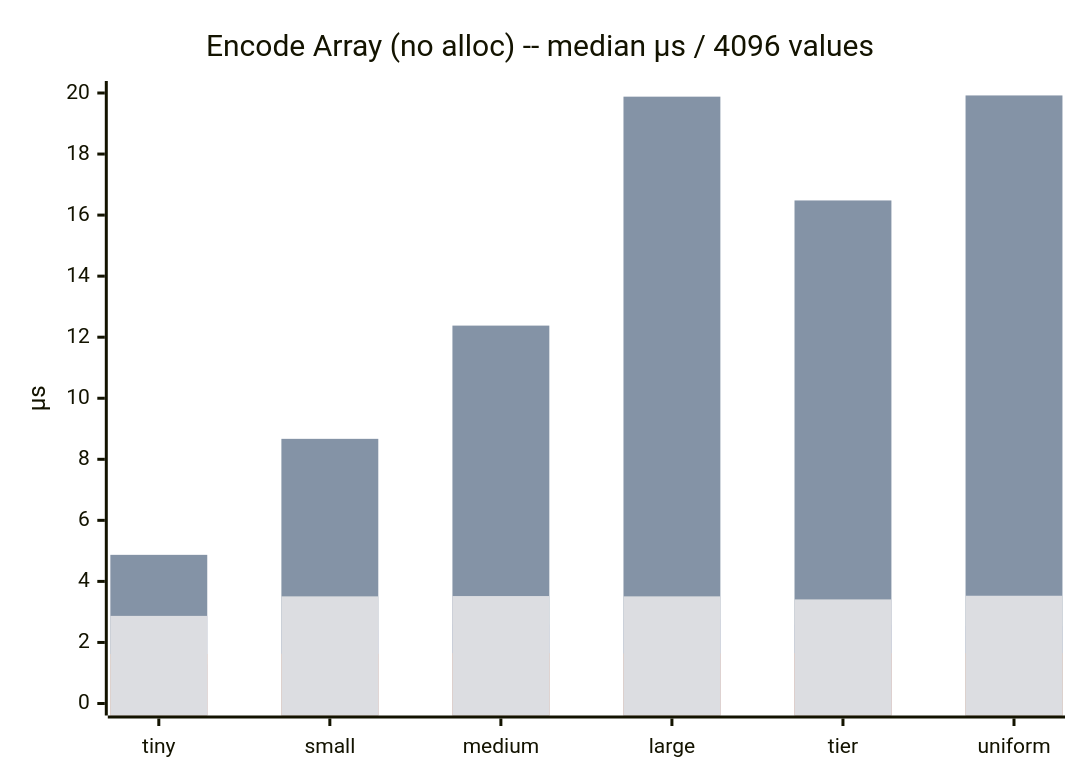
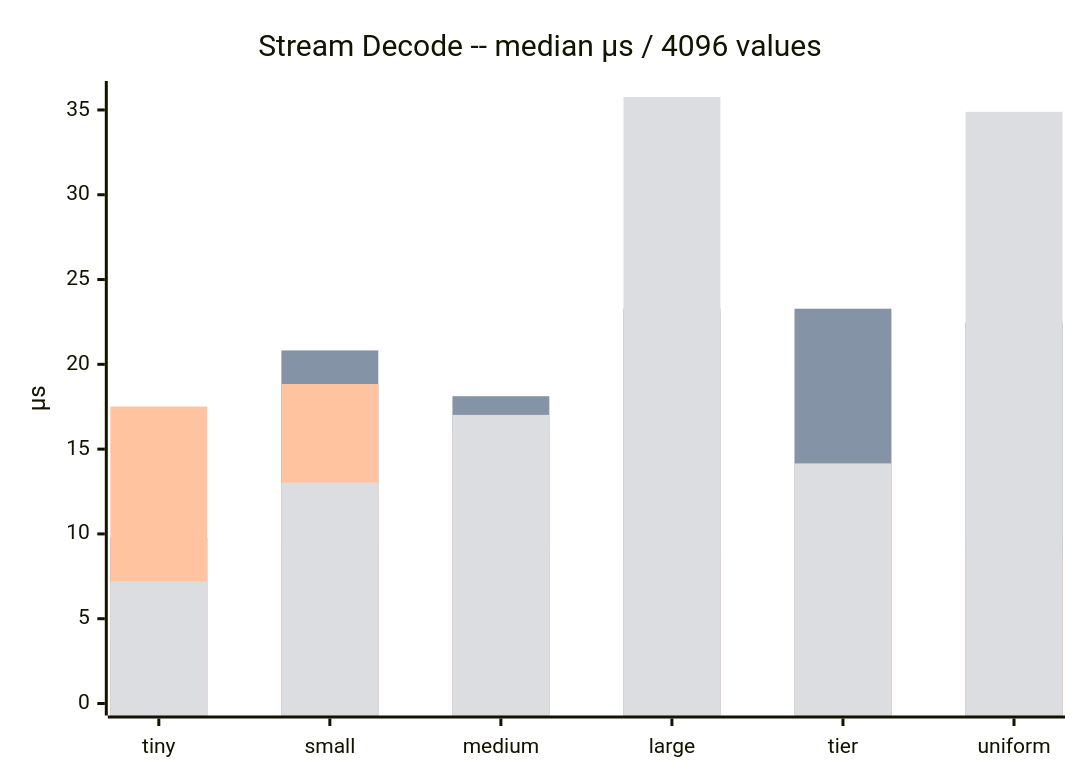
Before and after one commit to inkandswitch/subduction: diagram 19 of 20 in bijou64/SHOOTOUT_ANALYSIS.md, drawn with Mermaid. The commit also changed other lines of this file, not shown here.

````diff
--- a/bijou64/SHOOTOUT_ANALYSIS.md
+++ b/bijou64/SHOOTOUT_ANALYSIS.md
@@ -59,10 +215,10 @@
 ```mermaid
 xychart-beta
-    title "Encode Array (no alloc) -- median µs / 4096 values"
+    title "Stream Decode -- median µs / 4096 values"
     x-axis ["tiny", "small", "medium", "large", "tier", "uniform"]
-    y-axis "µs" 0 --> 20
-    bar [1.27, 2.41, 2.59, 2.75, 2.58, 2.54]
-    bar [4.87, 8.67, 12.38, 19.88, 16.48, 19.92]
-    bar [1.62, 1.63, 1.65, 1.64, 1.65, 1.65]
-    bar [2.87, 3.51, 3.52, 3.51, 3.41, 3.53]
+    y-axis "µs" 0 --> 36
+    bar [3.98, 9.34, 9.34, 10.31, 19.76, 9.81]
+    bar [9.77, 20.82, 18.12, 23.29, 23.28, 22.48]
+    bar [17.51, 18.84, 16.03, 8.68, 14.14, 8.57]
+    bar [7.20, 13.02, 17.02, 35.76, 14.15, 34.89]
 ```
````
